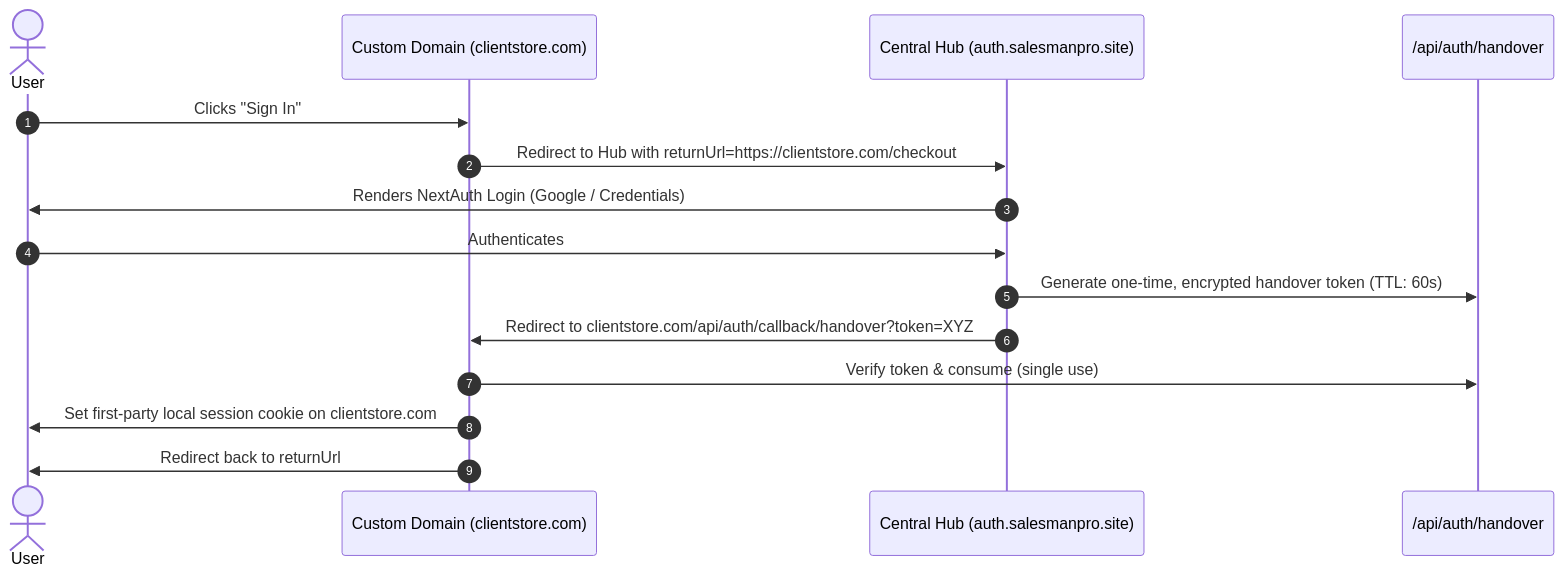
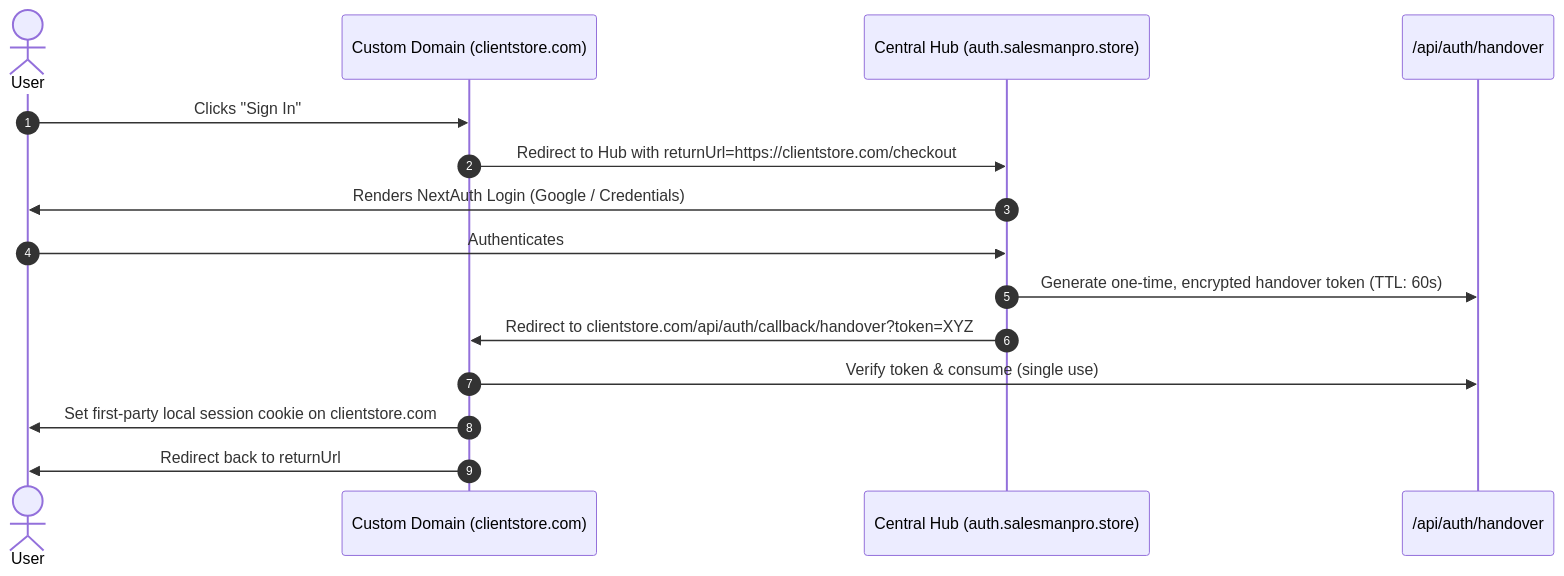
The third of 10 diagrams in docs/ARCHITECTURE_MAP.md (brendenozie/SALESMANPRO), drawn with Mermaid before and after one commit. The commit also changed other lines of this file and 288 other files, not shown here.

Commit message:
fix(auth): update all hardcoded auth.salesmanpro.site to auth.salesmanpro.store across components and layouts

````diff
--- a/docs/ARCHITECTURE_MAP.md
+++ b/docs/ARCHITECTURE_MAP.md
@@ -324,18 +324,18 @@
 ```mermaid
 sequenceDiagram
     autonumber
     actor User
     participant CustomStore as Custom Domain (clientstore.com)
-    participant AuthHub as Central Hub (auth.salesmanpro.site)
+    participant AuthHub as Central Hub (auth.salesmanpro.store)
     participant HandoverAPI as /api/auth/handover
 
     User->>CustomStore: Clicks "Sign In"
     CustomStore->>AuthHub: Redirect to Hub with returnUrl=https://clientstore.com/checkout
     AuthHub->>User: Renders NextAuth Login (Google / Credentials)
     User->>AuthHub: Authenticates
     AuthHub->>HandoverAPI: Generate one-time, encrypted handover token (TTL: 60s)
     AuthHub->>CustomStore: Redirect to clientstore.com/api/auth/callback/handover?token=XYZ
     CustomStore->>HandoverAPI: Verify token & consume (single use)
     CustomStore->>User: Set first-party local session cookie on clientstore.com
     CustomStore->>User: Redirect back to returnUrl
 ```
````
